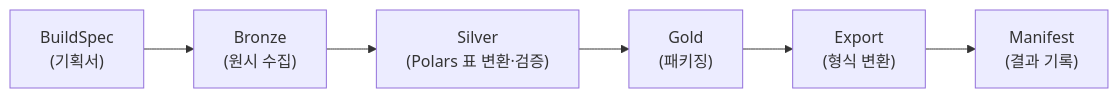
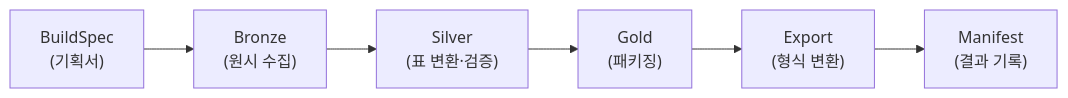
Before and after one commit to kpubdata-lab/kpubdata-builder: the first of 2 diagrams in docs/index.md, drawn with Mermaid. The commit also changed other lines of this file and 14 other files, not shown here.

````diff
--- a/docs/index.md
+++ b/docs/index.md
@@ -46,8 +46,8 @@
 ```mermaid
 graph LR
 BS["BuildSpec<br/>(기획서)"] --> B["Bronze<br/>(원시 수집)"]
-B --> S["Silver<br/>(Polars 표 변환·검증)"]
+B --> S["Silver<br/>(표 변환·검증)"]
 S --> G["Gold<br/>(패키징)"]
 G --> EX["Export<br/>(형식 변환)"]
 EX --> M["Manifest<br/>(결과 기록)"]
 ```
````
